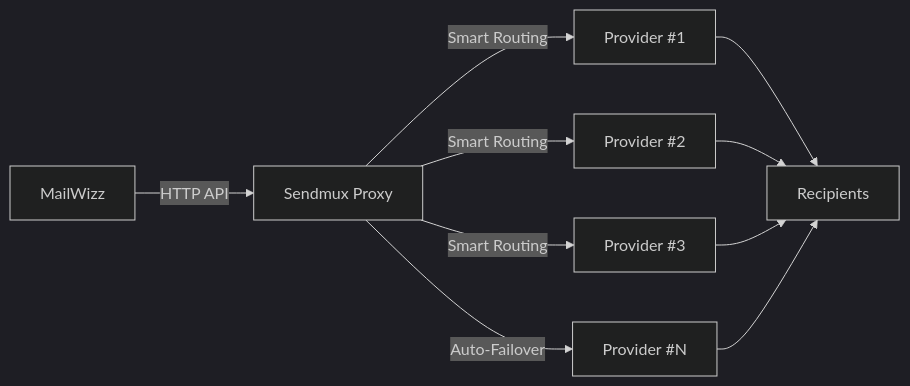
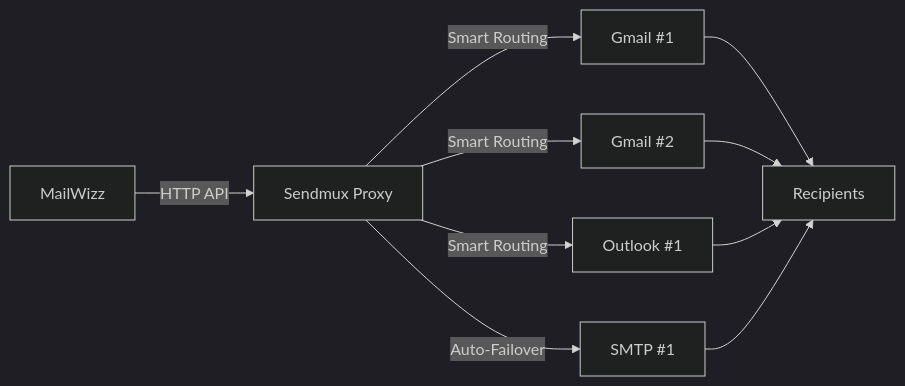
The diagram in README.md (Sendmux/mailwizz-smtp-proxy), drawn with Mermaid (dark theme) before and after one commit. The commit also changed other lines of this file, not shown here.

Commit message:
docs: rewrite README and update API credential flow
- Update diagram with real provider names (Gmail, Outlook, SMTP)
- Add Sendmux Platform section (Sending API, Management API)
- Add Coming Soon: MCP Server, CLI, Email Inboxes for AI Agents
- Add FAQ section for SEO/AEO
- Add Requirements table
- Reframe '100% deliverability' as '100% delivery success'
- Remove pricing examples section

````diff
--- a/README.md
+++ b/README.md
@@ -39,12 +38,12 @@
 ```mermaid
 graph LR
     A[MailWizz] -->|HTTP API| B[Sendmux Proxy]
-    B -->|Smart Routing| C[Provider #1]
-    B -->|Smart Routing| D[Provider #2]
-    B -->|Smart Routing| E[Provider #3]
-    B -->|Auto-Failover| F[Provider #N]
+    B -->|Smart Routing| C[Gmail #1]
+    B -->|Smart Routing| D[Gmail #2]
+    B -->|Smart Routing| E[Outlook #1]
+    B -->|Auto-Failover| F[SMTP #1]
     C --> G[Recipients]
     D --> G
     E --> G
     F --> G
 ```
````
